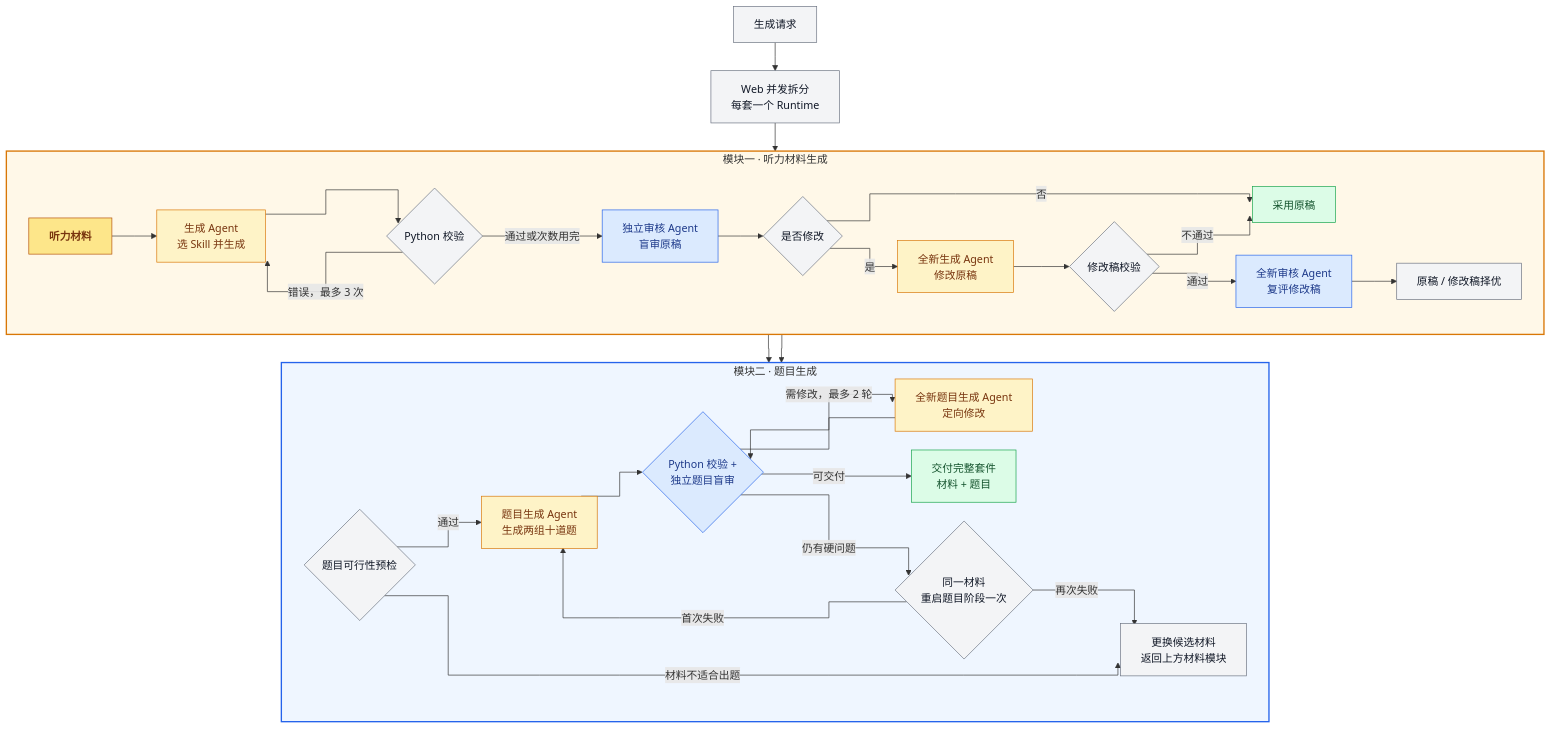
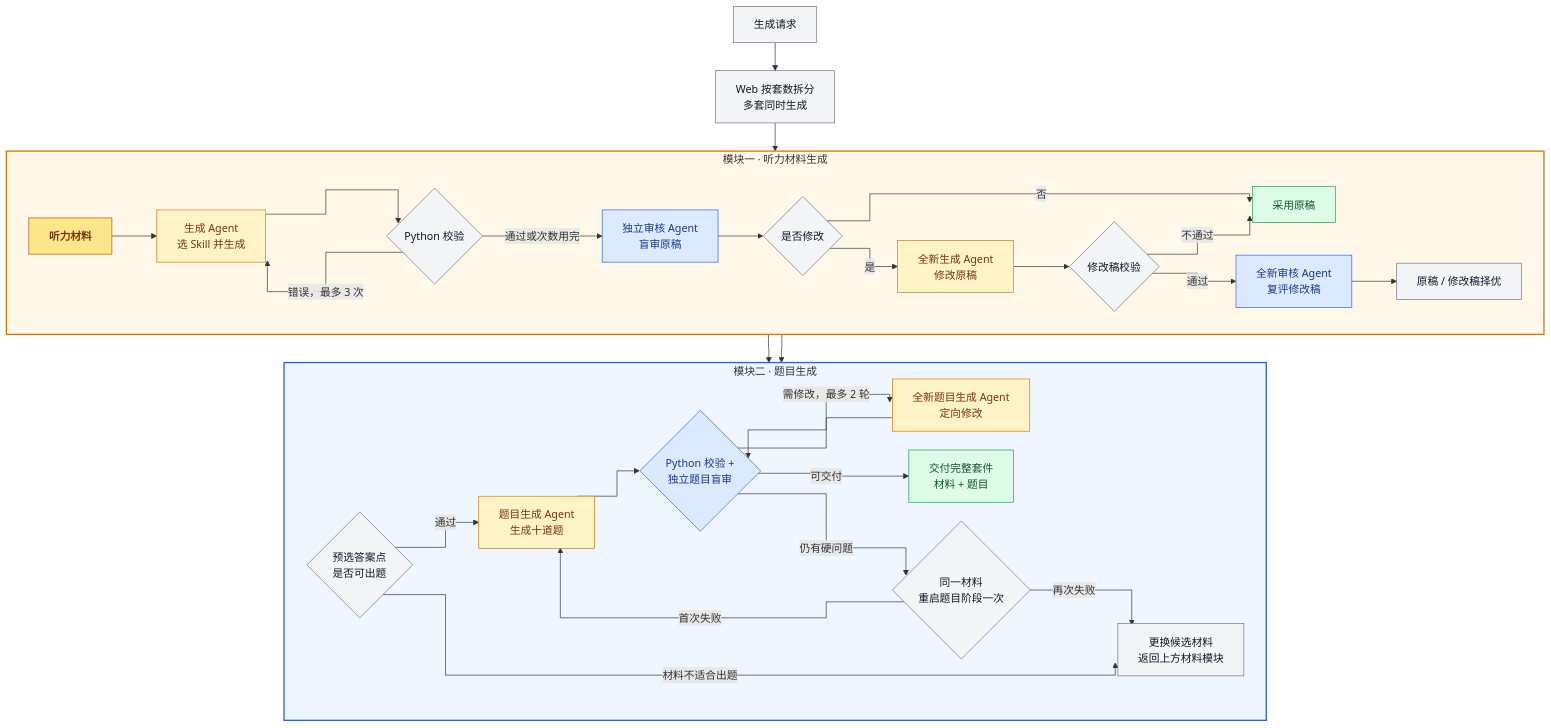
The second of 2 diagrams in README.md (wanglingxiao123/ielts-part1-generator), drawn with Mermaid before and after one commit. The commit also changed other lines of this file and 44 other files, not shown here.

````diff
--- a/README.md
+++ b/README.md
@@ -195,51 +195,51 @@
 ```mermaid
 %%{init: {"flowchart": {"curve": "stepAfter", "nodeSpacing": 28, "rankSpacing": 42}}}%%
 flowchart TB
-    Q["生成请求"] --> F["Web 并发拆分<br/>每套一个 Runtime"]
+    Q["生成请求"] --> F["Web 按套数拆分<br/>多套同时生成"]
 
     subgraph MATERIAL["模块一 · 听力材料生成"]
         direction LR
         M["听力材料"] --> G["生成 Agent<br/>选 Skill 并生成"]
         G --> V{"Python 校验"}
         V -- "错误，最多 3 次" --> G
         V -- "通过或次数用完" --> A["独立审核 Agent<br/>盲审原稿"]
         A --> X{"是否修改"}
         X -- "否" --> O["采用原稿"]
         X -- "是" --> R["全新生成 Agent<br/>修改原稿"]
         R --> C{"修改稿校验"}
         C -- "不通过" --> O
         C -- "通过" --> E["全新审核 Agent<br/>复评修改稿"]
         E --> B["原稿 / 修改稿择优"]
     end
 
     F --> M
     O --> P
     B --> P
 
     subgraph QUESTIONS["模块二 · 题目生成"]
         direction LR
-        P{"题目可行性预检"}
-        P -- "通过" --> T["题目生成 Agent<br/>生成两组十道题"]
+        P{"预选答案点<br/>是否可出题"}
+        P -- "通过" --> T["题目生成 Agent<br/>生成十道题"]
         T --> H{"Python 校验 +<br/>独立题目盲审"}
         H -- "需修改，最多 2 轮" --> J["全新题目生成 Agent<br/>定向修改"]
         J --> H
         H -- "可交付" --> D["交付完整套件<br/>材料 + 题目"]
         H -- "仍有硬问题" --> K{"同一材料<br/>重启题目阶段一次"}
         K -- "首次失败" --> T
         K -- "再次失败" --> W["更换候选材料<br/>返回上方材料模块"]
         P -- "材料不适合出题" --> W
     end
 
     classDef ai fill:#fef3c7,stroke:#d97706,color:#78350f;
     classDef audit fill:#dbeafe,stroke:#2563eb,color:#1e3a8a;
     classDef code fill:#f3f4f6,stroke:#6b7280,color:#111827;
     classDef done fill:#dcfce7,stroke:#16a34a,color:#14532d;
     classDef moduleLabel fill:#fde68a,stroke:#b45309,color:#78350f,font-weight:bold;
     class M moduleLabel;
     class G,R,T,J ai;
     class A,E,H audit;
     class Q,F,V,X,C,B,P,K,W code;
     class O,D done;
     style MATERIAL fill:#fff8e8,stroke:#d97706,stroke-width:2px;
     style QUESTIONS fill:#eff6ff,stroke:#2563eb,stroke-width:2px;
 ```
````
